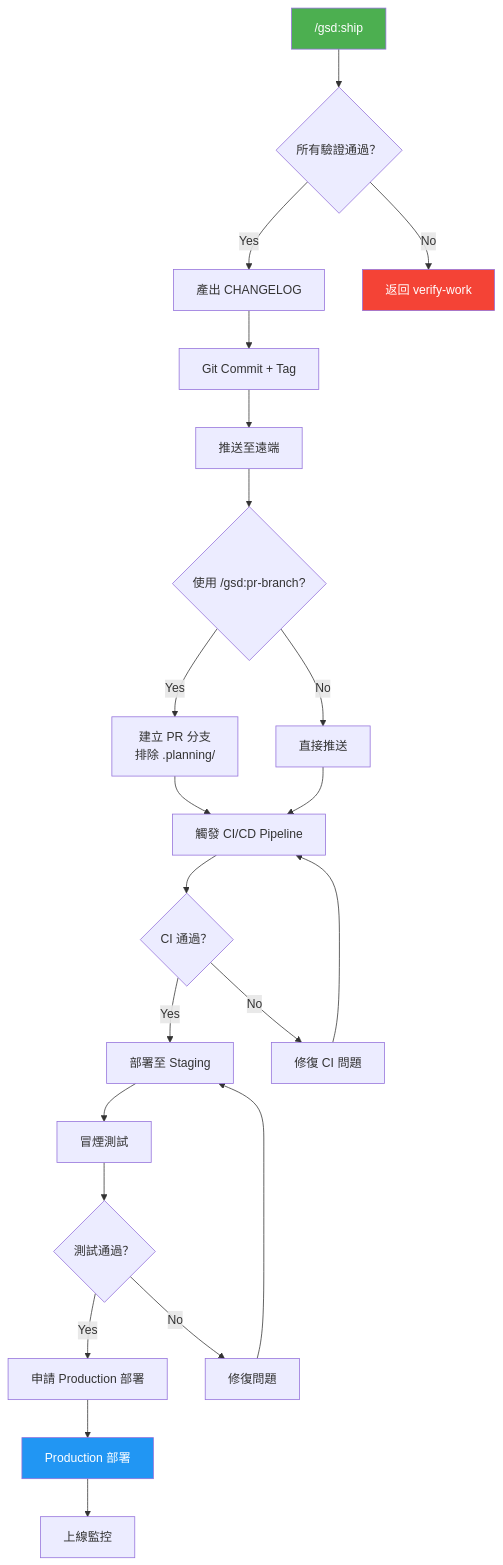
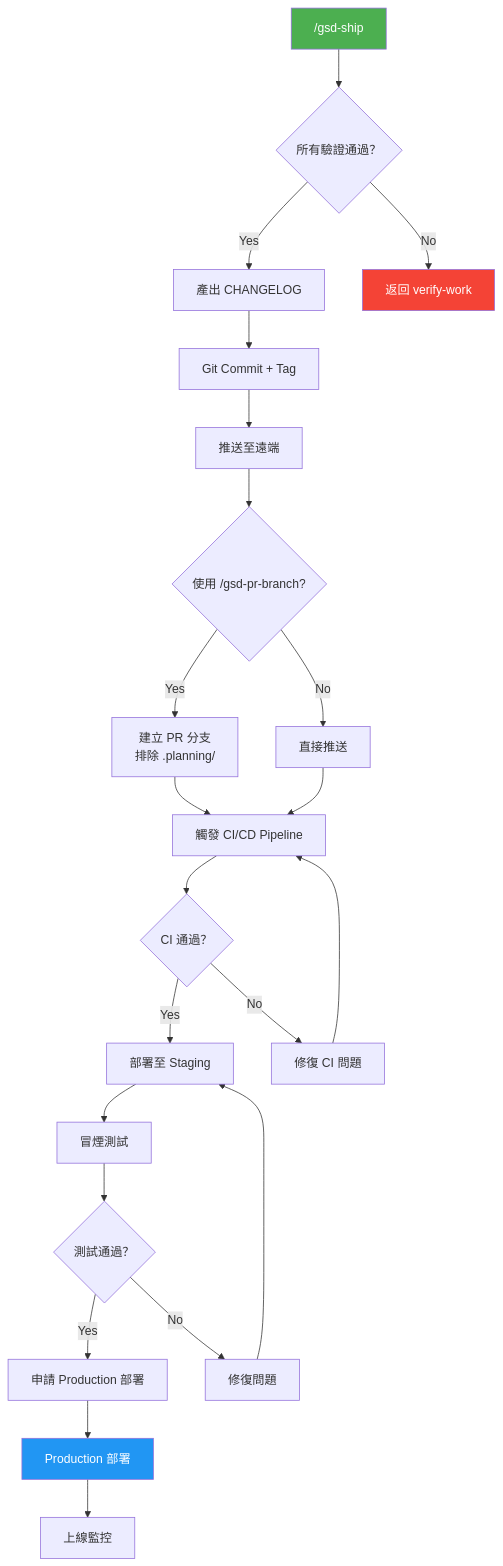
One commit to chihhung/Blog changed diagram 12 of 25 in content/posts/教學/AI開發/get-shit-done(GSD)教學手冊.md. Above: the diagram before and after it, drawn with Mermaid. The commit also changed other lines of this file and 12 other files, not shown here.

````diff
--- a/content/posts/教學/AI開發/get-shit-done(GSD)教學手冊.md
+++ b/content/posts/教學/AI開發/get-shit-done(GSD)教學手冊.md
@@ -2048,28 +2126,28 @@
 ```mermaid
 graph TD
-    A["/gsd:ship"] --> B{所有驗證通過？}
+    A["/gsd-ship"] --> B{所有驗證通過？}
     B -->|Yes| C[產出 CHANGELOG]
     B -->|No| Z[返回 verify-work]
     C --> D[Git Commit + Tag]
     D --> E[推送至遠端]
-    E --> F{使用 /gsd:pr-branch?}
+    E --> F{使用 /gsd-pr-branch?}
     F -->|Yes| G[建立 PR 分支<br/>排除 .planning/]
     F -->|No| H[直接推送]
     G --> I[觸發 CI/CD Pipeline]
     H --> I
     I --> J{CI 通過？}
     J -->|Yes| K[部署至 Staging]
     J -->|No| L[修復 CI 問題]
     L --> I
     K --> M[冒煙測試]
     M --> N{測試通過？}
     N -->|Yes| O[申請 Production 部署]
     N -->|No| P[修復問題]
     P --> K
     O --> Q[Production 部署]
     Q --> R[上線監控]
     
     style A fill:#4caf50,color:#fff
     style Q fill:#2196f3,color:#fff
     style Z fill:#f44336,color:#fff
 ```
````
